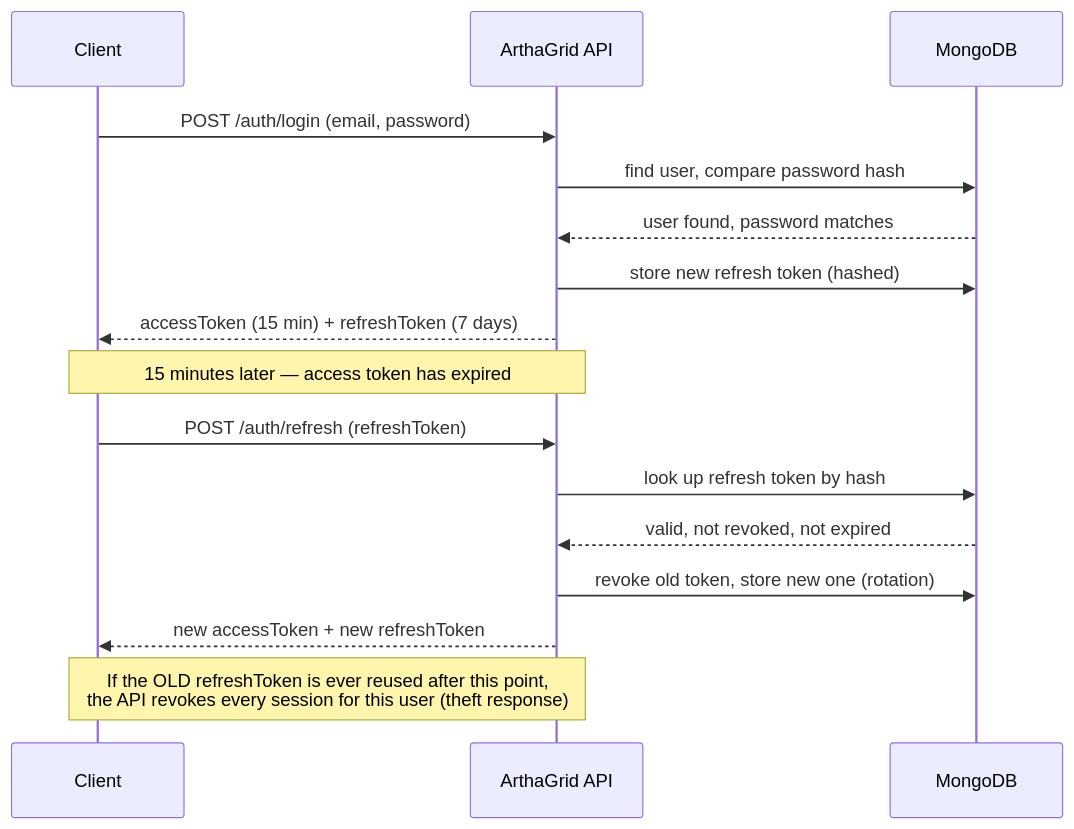
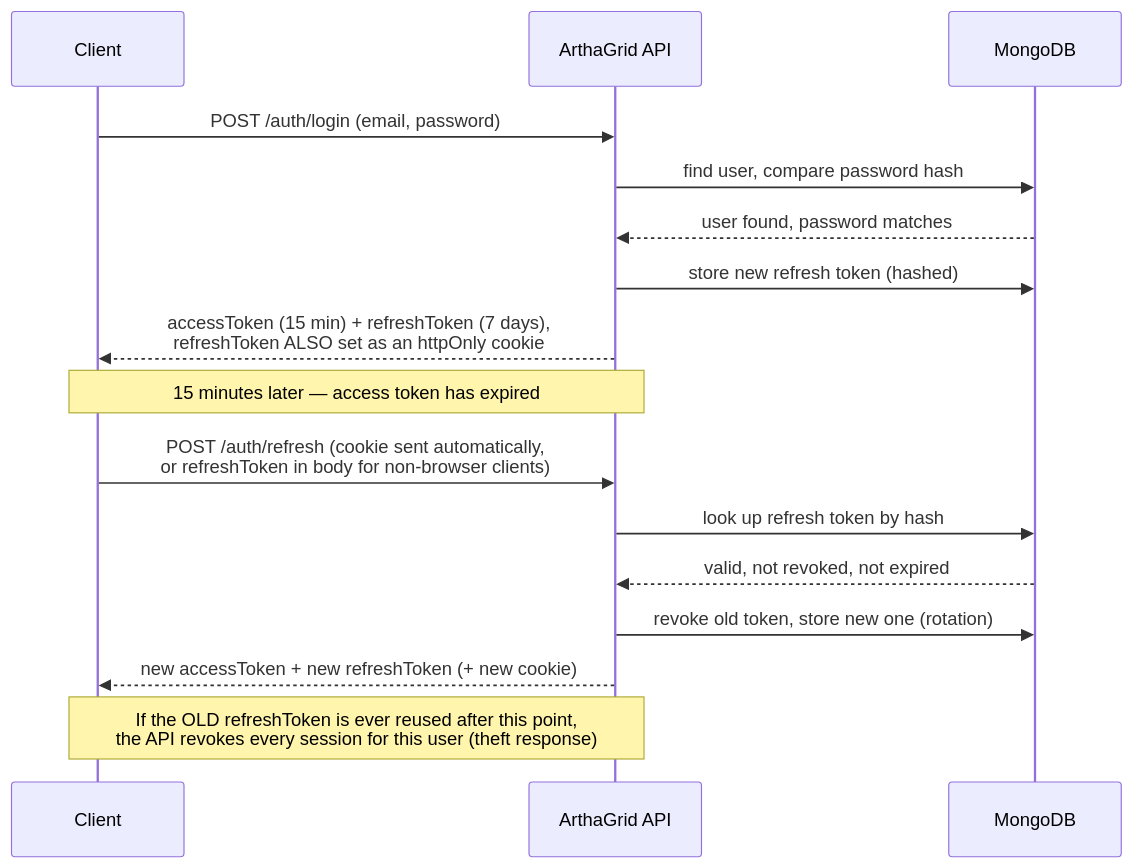
Before and after one commit to Tanmay268/ArthaGrid: the fourth of 7 diagrams in docs/architecture.md, drawn with Mermaid. The commit also changed other lines of this file and 107 other files, not shown here.

````diff
--- a/docs/architecture.md
+++ b/docs/architecture.md
@@ -148,22 +165,22 @@
 ```mermaid
 sequenceDiagram
     participant C as Client
     participant API as ArthaGrid API
     participant DB as MongoDB
 
     C->>API: POST /auth/login (email, password)
     API->>DB: find user, compare password hash
     DB-->>API: user found, password matches
     API->>DB: store new refresh token (hashed)
-    API-->>C: accessToken (15 min) + refreshToken (7 days)
+    API-->>C: accessToken (15 min) + refreshToken (7 days),<br/>refreshToken ALSO set as an httpOnly cookie
 
     Note over C,API: 15 minutes later — access token has expired
 
-    C->>API: POST /auth/refresh (refreshToken)
+    C->>API: POST /auth/refresh (cookie sent automatically,<br/>or refreshToken in body for non-browser clients)
     API->>DB: look up refresh token by hash
     DB-->>API: valid, not revoked, not expired
     API->>DB: revoke old token, store new one (rotation)
-    API-->>C: new accessToken + new refreshToken
+    API-->>C: new accessToken + new refreshToken (+ new cookie)
 
     Note over C,API: If the OLD refreshToken is ever reused after this point,<br/>the API revokes every session for this user (theft response)
 ```
````
